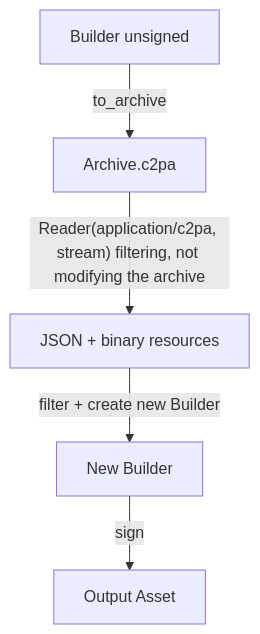
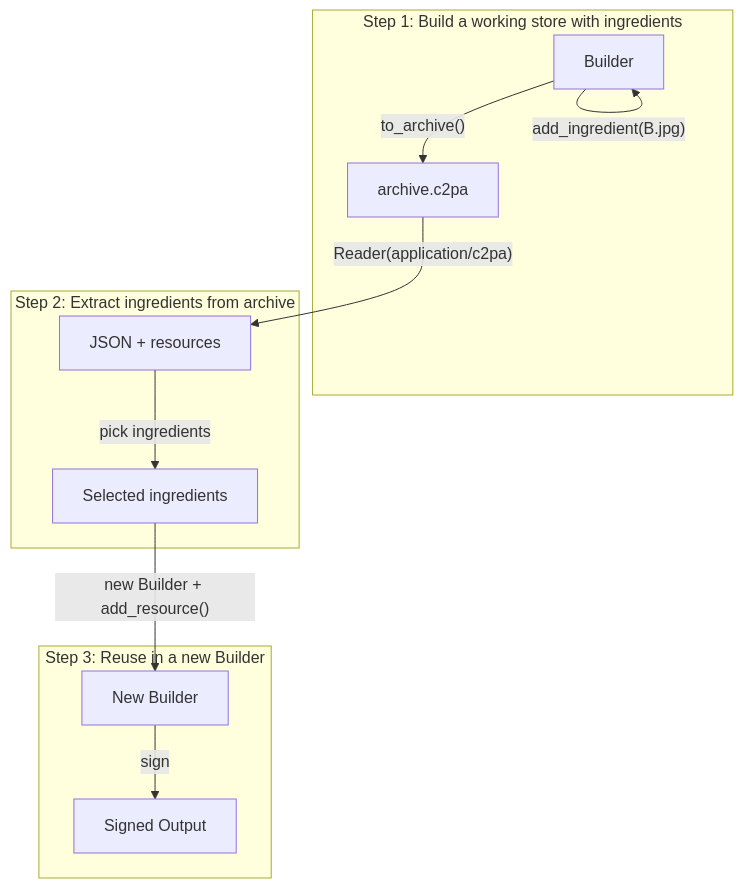
One commit to contentauth/c2pa-c changed the seventh of 15 diagrams in docs/selective-manifests.md. Above: the diagram before and after it, drawn with Mermaid. The commit also changed other lines of this file and 1 other file, not shown here.

````diff
--- a/docs/selective-manifests.md
+++ b/docs/selective-manifests.md
@@ -301,7 +618,16 @@
 ```mermaid
 flowchart TD
-    B1[Builder unsigned] -->|to_archive| AR[Archive.c2pa]
-    AR -->|"Reader(application/c2pa, stream) filtering, not modifying the archive"| JSON[JSON + binary resources]
-    JSON -->|"filter + create new Builder"| B2[New Builder]
-    B2 -->|sign| OUT[Output Asset]
+    subgraph Step1["Step 1: Build a working store with ingredients"]
+        B1[Builder] -->|"add_ingredient(A.jpg)"| B1
+        B1 -->|"add_ingredient(B.jpg)"| B1
+        B1 -->|"to_archive()"| AR["archive.c2pa"]
+    end
+    subgraph Step2["Step 2: Extract ingredients from archive"]
+        AR -->|"Reader(application/c2pa)"| RD[JSON + resources]
+        RD -->|"pick ingredients"| SEL[Selected ingredients]
+    end
+    subgraph Step3["Step 3: Reuse in a new Builder"]
+        SEL -->|"new Builder + add_resource()"| B2[New Builder]
+        B2 -->|sign| OUT[Signed Output]
+    end
 ```
````
